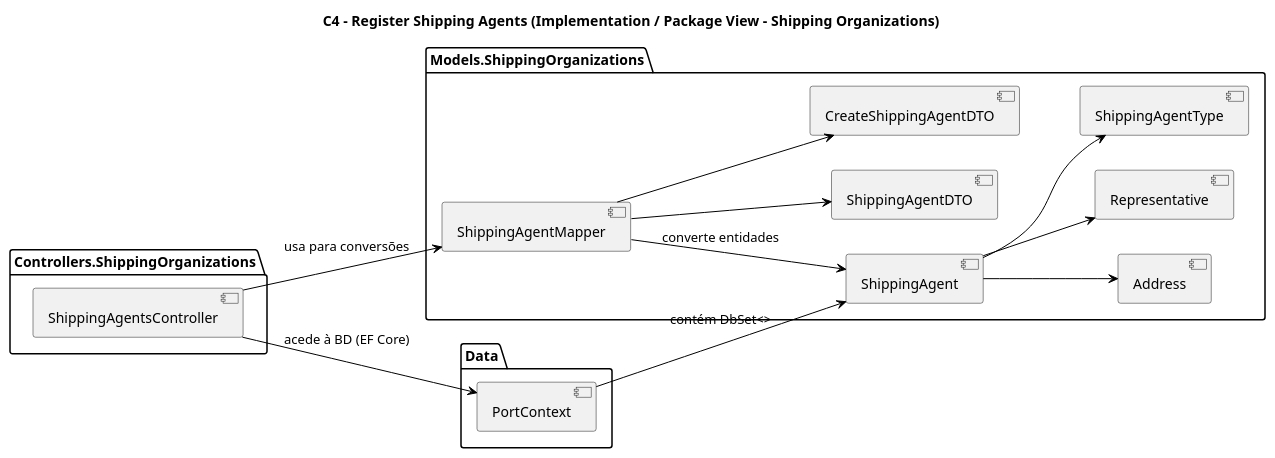
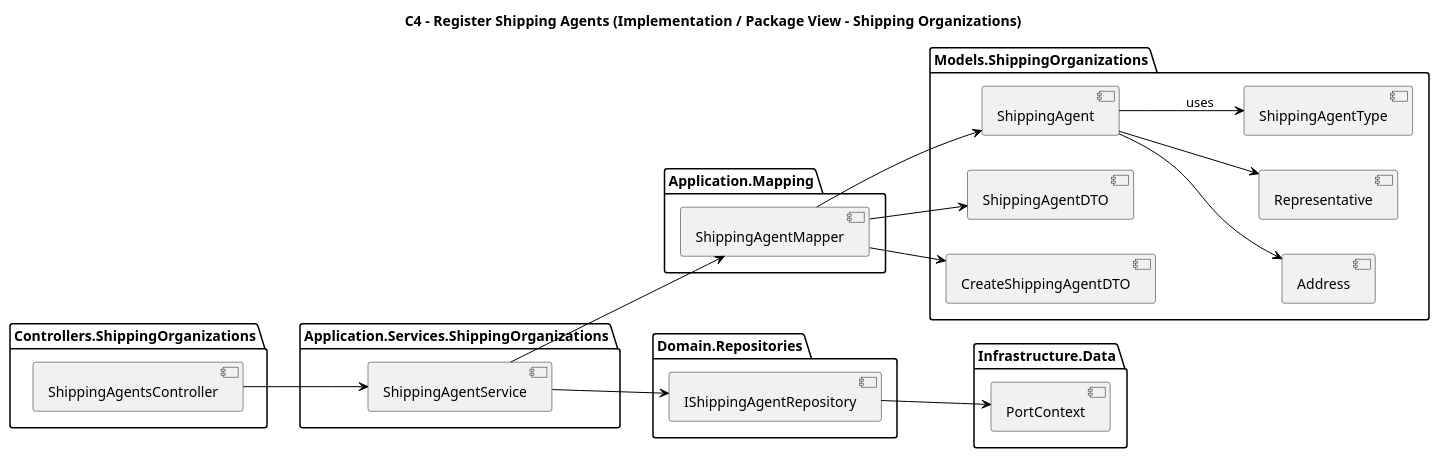
The diagram in Docs/Sprint A/US 2.2.5/Modelo c4/C4_impl.puml (Departamento-de-Engenharia-Informatica/LEI-SEM5-PI-2025-26-3DM-03), drawn with PlantUML before and after one commit. The commit also changed 16 other files, not shown here.

```diff
--- a/Docs/Sprint A/US 2.2.5/Modelo c4/C4_impl.puml
+++ b/Docs/Sprint A/US 2.2.5/Modelo c4/C4_impl.puml
@@ -1,55 +1,59 @@
 @startuml C4_Register_Shipping_Agents_Implementation_View
 title C4 – Register Shipping Agents (Implementation / Package View – Shipping Organizations)
 left to right direction
 hide empty members
 
 skinparam package {
   BackgroundColor White
   BorderColor Black
   FontColor Black
-  FontStyle bold
 }
 skinparam arrow {
   Color Black
 }
 
-' ======================
-' Estrutura do domínio ShippingOrganizations
-' ======================
-
 package "Controllers.ShippingOrganizations" {
   [ShippingAgentsController]
+}
+
+package "Application.Services.ShippingOrganizations" {
+  [ShippingAgentService]
+}
+
+package "Application.Mapping" {
+  [ShippingAgentMapper]
+}
+
+package "Domain.Repositories" {
+  [IShippingAgentRepository]
 }
 
 package "Models.ShippingOrganizations" {
   [ShippingAgent]
   [ShippingAgentDTO]
   [CreateShippingAgentDTO]
-  [ShippingAgentMapper]
   [Address]
   [Representative]
   [ShippingAgentType]
 }
 
-package "Data" {
+package "Infrastructure.Data" {
   [PortContext]
 }
 
-' ======================
-' Relações
-' ======================
 
-[ShippingAgentsController] --> [ShippingAgentMapper] : usa para conversões
-[ShippingAgentsController] --> [PortContext] : acede à BD (EF Core)
+[ShippingAgentsController] --> [ShippingAgentService]
+[ShippingAgentService] --> [ShippingAgentMapper]
+[ShippingAgentService] --> [IShippingAgentRepository]
+[IShippingAgentRepository] --> [PortContext]
 
-[ShippingAgentMapper] --> [ShippingAgent] : converte entidades
+[ShippingAgentMapper] --> [ShippingAgent]
 [ShippingAgentMapper] --> [ShippingAgentDTO]
 [ShippingAgentMapper] --> [CreateShippingAgentDTO]
 
+
+[ShippingAgent] --> [ShippingAgentType] : uses
+
 [ShippingAgent] --> [Address]
 [ShippingAgent] --> [Representative]
-[ShippingAgent] --> [ShippingAgentType]
-
-[PortContext] --> [ShippingAgent] : contém DbSet<>
-
 @enduml
```
